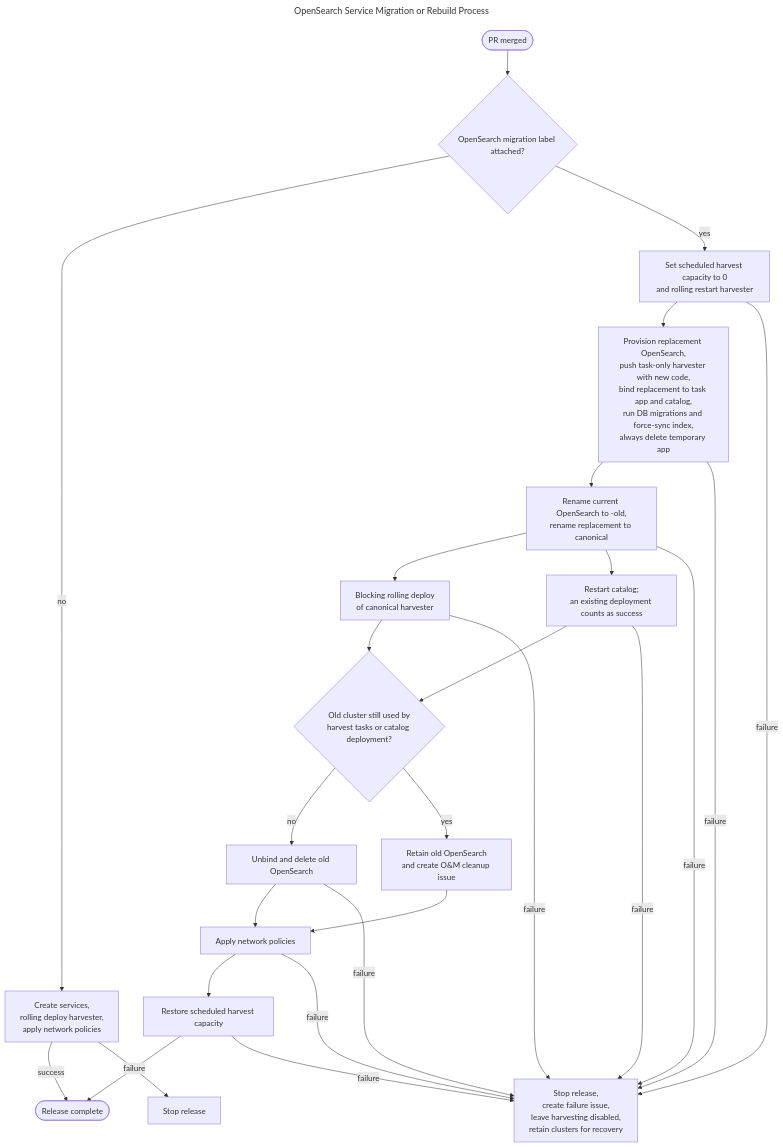
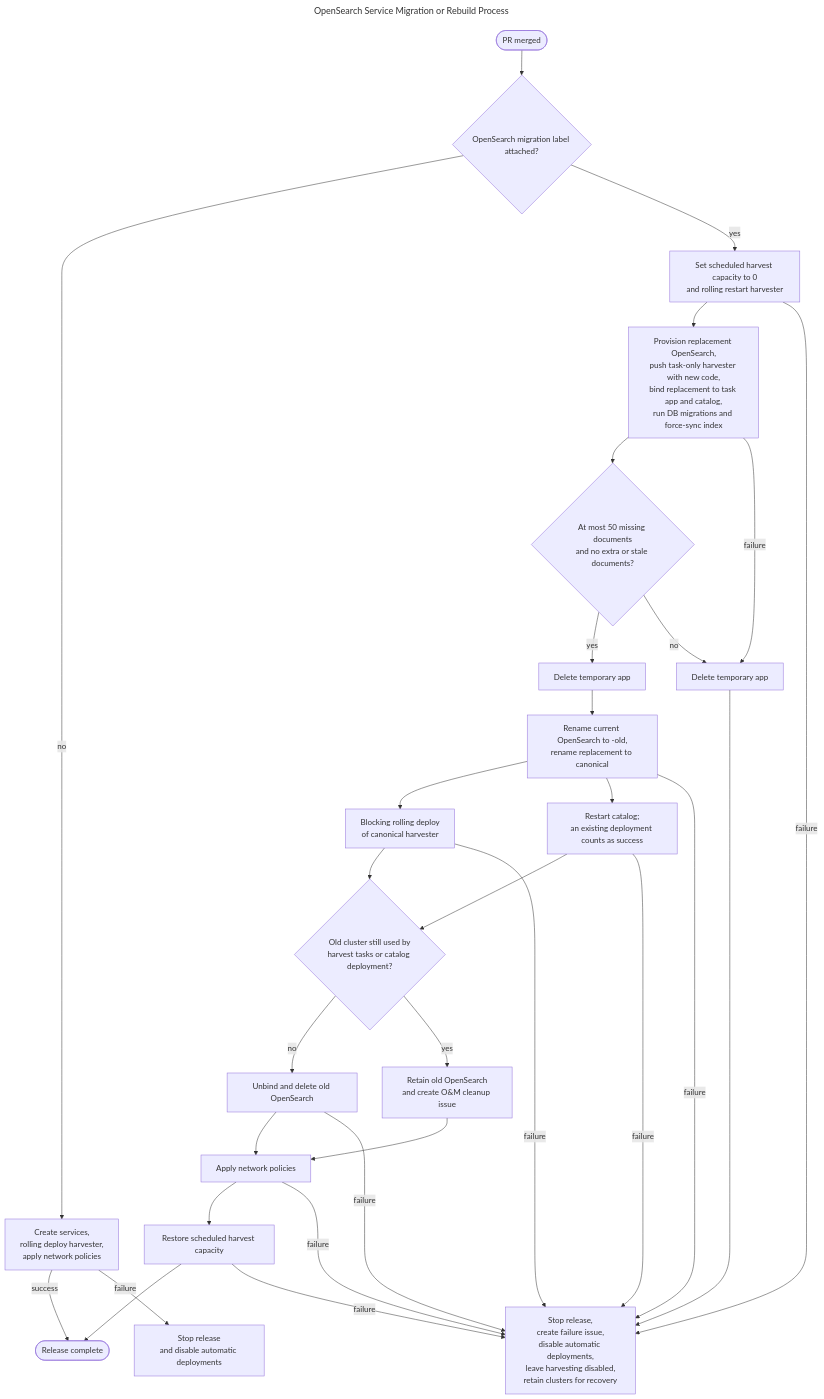
The diagram in docs/diagrams/mermaid/src/services_migrate_or_rebuild_process.md (GSA/datagov-harvester), drawn with Mermaid before and after one commit. The commit also changed 8 other files, not shown here.

Commit message:
restore OpenSearch migration release gates

````diff
--- a/docs/diagrams/mermaid/src/services_migrate_or_rebuild_process.md
+++ b/docs/diagrams/mermaid/src/services_migrate_or_rebuild_process.md
@@ -1,35 +1,39 @@
 ```mermaid
 ---
 title: OpenSearch Service Migration or Rebuild Process
 ---
 flowchart TD
 	trigger([PR merged]) --> labelCheck{OpenSearch migration label attached?}
 
 	labelCheck -->|no| deployCodeOnly[Create services,<br/>rolling deploy harvester,<br/>apply network policies]
 	deployCodeOnly -->|success| complete([Release complete])
-	deployCodeOnly -->|failure| normalFailure[Stop release]
+	deployCodeOnly -->|failure| normalFailure[Stop release<br/>and disable automatic deployments]
 
 	labelCheck -->|yes| scaleHarvest[Set scheduled harvest capacity to 0<br/>and rolling restart harvester]
-	scaleHarvest --> prepareOpenSearch[Provision replacement OpenSearch,<br/>push task-only harvester with new code,<br/>bind replacement to task app and catalog,<br/>run DB migrations and force-sync index,<br/>always delete temporary app]
-	prepareOpenSearch --> swapServices[Rename current OpenSearch to -old,<br/>rename replacement to canonical]
+	scaleHarvest --> prepareOpenSearch[Provision replacement OpenSearch,<br/>push task-only harvester with new code,<br/>bind replacement to task app and catalog,<br/>run DB migrations and force-sync index]
+	prepareOpenSearch --> validateIndex{At most 50 missing documents<br/>and no extra or stale documents?}
+	validateIndex -->|yes| deleteTemp[Delete temporary app]
+	deleteTemp --> swapServices[Rename current OpenSearch to -old,<br/>rename replacement to canonical]
 	swapServices --> deployMigration[Blocking rolling deploy<br/>of canonical harvester]
 	swapServices --> restartCatalogMigration[Restart catalog;<br/>an existing deployment counts as success]
 
 	deployMigration --> cleanupCheck{Old cluster still used by<br/>harvest tasks or catalog deployment?}
 	restartCatalogMigration --> cleanupCheck
 	cleanupCheck -->|no| removeOld[Unbind and delete old OpenSearch]
 	cleanupCheck -->|yes| cleanupIssue[Retain old OpenSearch<br/>and create O&M cleanup issue]
 	removeOld --> networkPolicies[Apply network policies]
 	cleanupIssue --> networkPolicies
 	networkPolicies --> enableHarvest[Restore scheduled harvest capacity]
 	enableHarvest --> complete
 
-	scaleHarvest -->|failure| halt[Stop release,<br/>create failure issue,<br/>leave harvesting disabled,<br/>retain clusters for recovery]
-	prepareOpenSearch -->|failure| halt
+	scaleHarvest -->|failure| halt[Stop release,<br/>create failure issue,<br/>disable automatic deployments,<br/>leave harvesting disabled,<br/>retain clusters for recovery]
+	prepareOpenSearch -->|failure| deleteFailedTemp[Delete temporary app]
+	validateIndex -->|no| deleteFailedTemp
+	deleteFailedTemp --> halt
 	swapServices -->|failure| halt
 	deployMigration -->|failure| halt
 	restartCatalogMigration -->|failure| halt
 	removeOld -->|failure| halt
 	networkPolicies -->|failure| halt
 	enableHarvest -->|failure| halt
 ```
````
